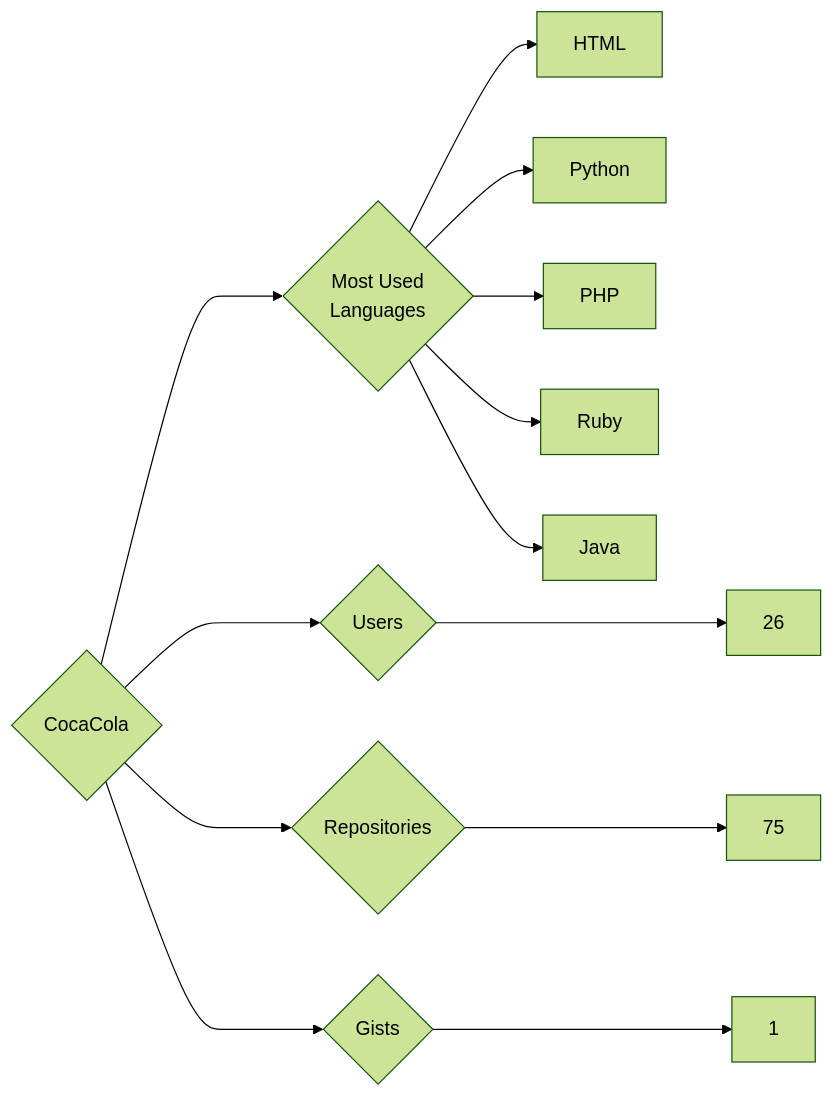
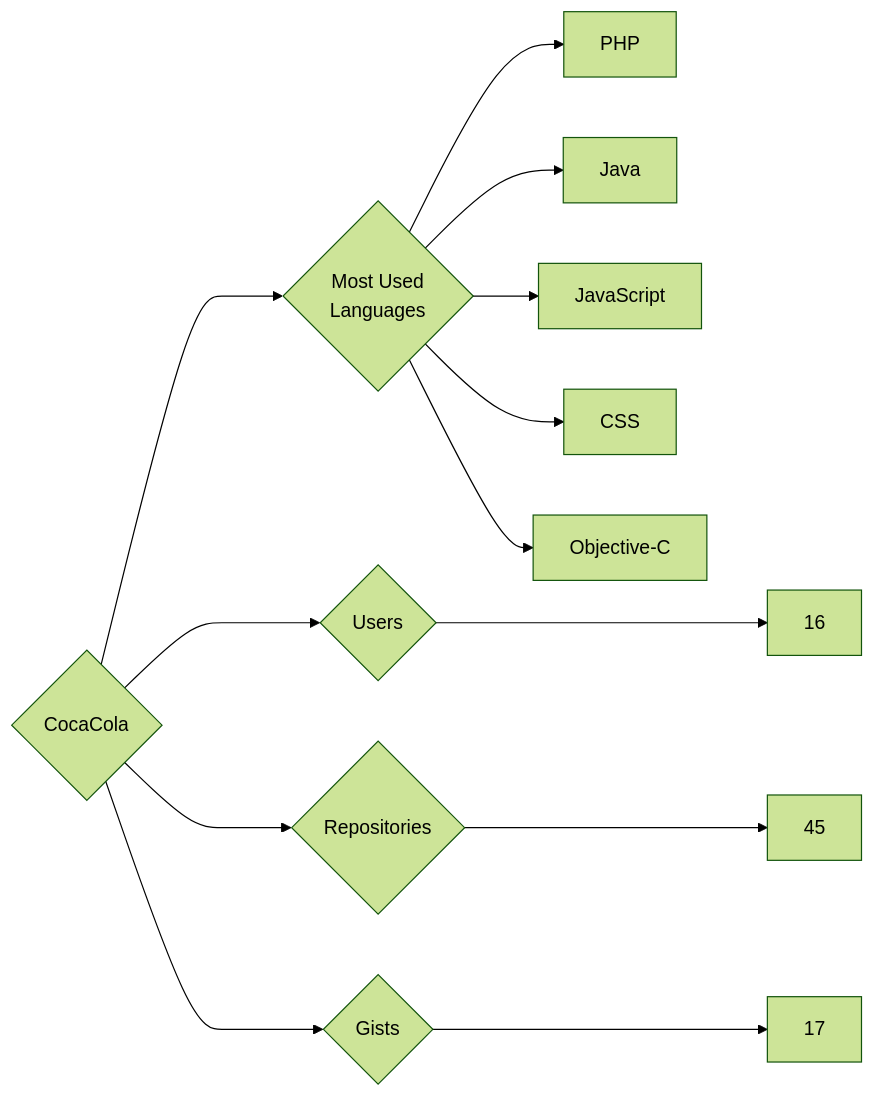
One commit to trickest/insiders changed the diagram in targets/CocaCola/README.md. Above: the diagram before and after it, drawn with Mermaid (forest theme). The commit also changed 951 other files, not shown here.

````diff
--- a/targets/CocaCola/README.md
+++ b/targets/CocaCola/README.md
@@ -3,13 +3,13 @@
 ```mermaid
 graph LR
 COMPANY_NAME{CocaCola}
-COMPANY_NAME ---> U{Users} ---> UN[26]
-COMPANY_NAME ---> R{Repositories} ---> RN[75]
-COMPANY_NAME ---> G{Gists} ---> GN[1]
+COMPANY_NAME ---> U{Users} ---> UN[16]
+COMPANY_NAME ---> R{Repositories} ---> RN[45]
+COMPANY_NAME ---> G{Gists} ---> GN[17]
 COMPANY_NAME ---> ML{Most Used<br>Languages}
-ML --> HTML[HTML]
-ML --> Python[Python]
 ML --> PHP[PHP]
-ML --> Ruby[Ruby]
 ML --> Java[Java]
+ML --> JavaScript[JavaScript]
+ML --> CSS[CSS]
+ML --> Objective-C[Objective-C]
 ```
````
